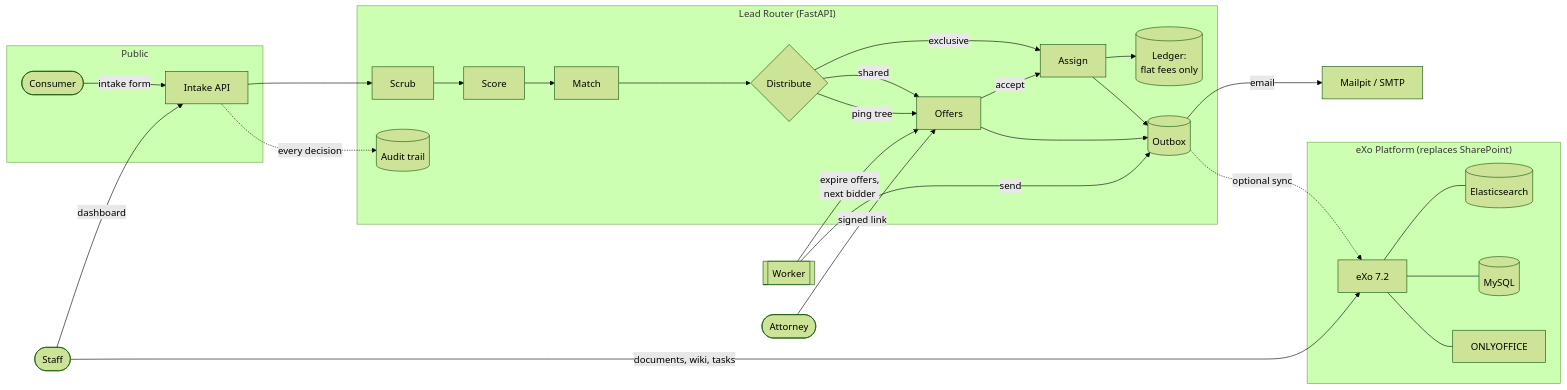
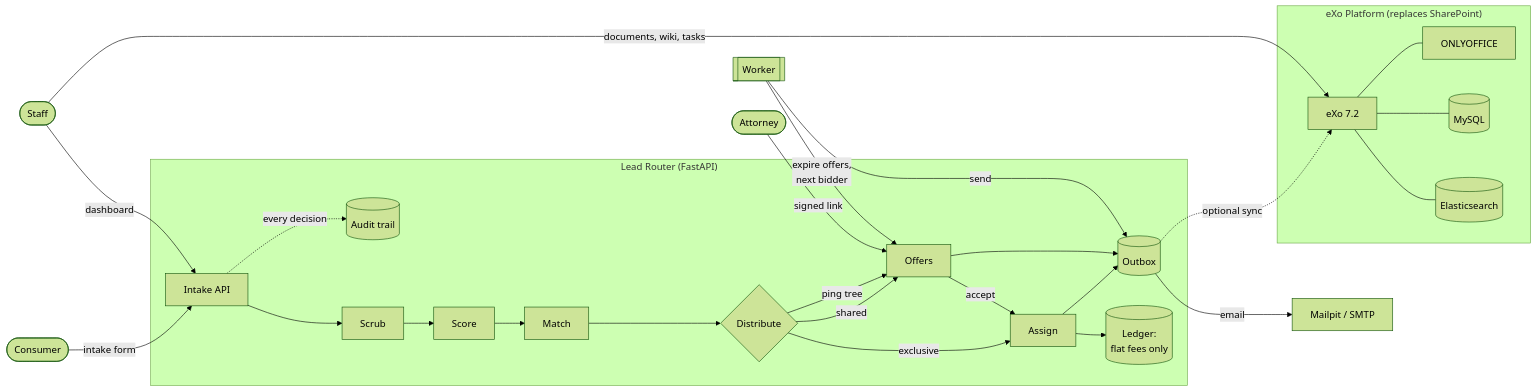
The diagram in README.md (pat687/MergeME), drawn with Mermaid (forest theme) before and after one commit. The commit also changed other lines of this file and 53 other files, not shown here.

````diff
--- a/README.md
+++ b/README.md
@@ -57,32 +57,31 @@
 ```mermaid
 flowchart LR
-    subgraph Public
-        C([Consumer]) -->|intake form| R
-    end
+    C([Consumer])
 
     subgraph Router["Lead Router (FastAPI)"]
         R[Intake API] --> S[Scrub] --> SC[Score] --> M[Match] --> D{Distribute}
         D -->|exclusive| A1[Assign]
         D -->|shared| O[Offers]
         D -->|ping tree| O
         O -->|accept| A1
         A1 --> B[(Ledger:<br/>flat fees only)]
         R -. every decision .-> AU[(Audit trail)]
         A1 & O --> OB[(Outbox)]
     end
 
+    C -->|intake form| R
     W[[Worker]] -->|expire offers,<br/>next bidder| O
     W -->|send| OB
     OB -->|email| MP[Mailpit / SMTP]
     OB -.->|optional sync| EXO
 
     subgraph Workspace["eXo Platform (replaces SharePoint)"]
         EXO[eXo 7.2] --- ES[(Elasticsearch)]
         EXO --- MY[(MySQL)]
         EXO --- OO[ONLYOFFICE]
     end
 
     T([Attorney]) -->|signed link| O
     ST([Staff]) -->|dashboard| R
     ST -->|documents, wiki, tasks| EXO
 ```
````
